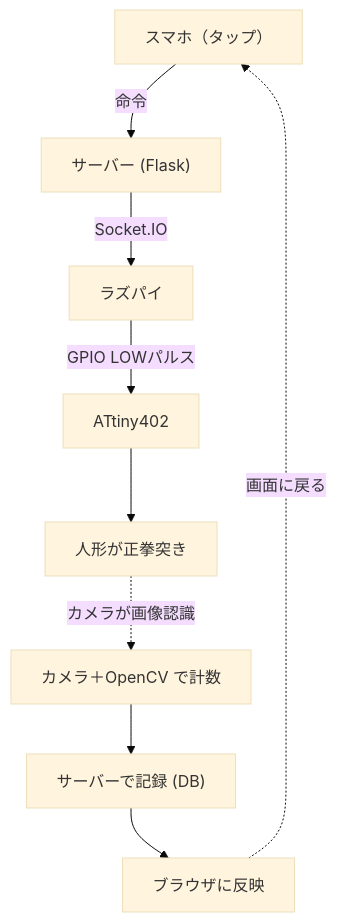
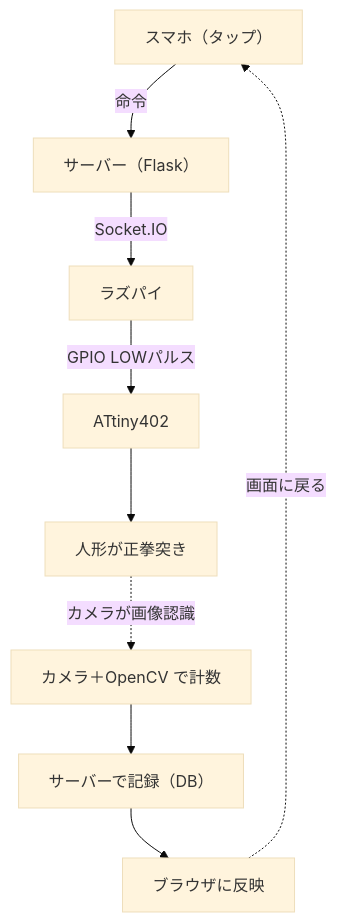
Before and after one commit to kinokotaisa/zenn-content: the second of 2 diagrams in articles/seiken-overview.md, drawn with Mermaid (base theme). The commit also changed other lines of this file, not shown here.

Commit message:
記事01: mermaid構文エラーを修正（堅い記法へ書き直し）
- 双方向矢印 <--> / <br/> / インラインノード定義 / 半角括弧 を除去
- ノード先行定義＋ -->|ラベル| 形式に統一（flowchart TD）

````diff
--- a/articles/seiken-overview.md
+++ b/articles/seiken-overview.md
@@ -86,11 +89,19 @@
 ```mermaid
-flowchart TB
-  P["スマホ（タップ）"] -->|命令| SV["サーバー (Flask)"]
-  SV -->|Socket.IO| RPI["ラズパイ"]
-  RPI -->|GPIO LOWパルス| AT["ATtiny402"]
-  AT --> PUNCH["人形が正拳突き"]
-  PUNCH -.->|カメラが画像認識| CAM["カメラ＋OpenCV で計数"]
-  CAM --> DB["サーバーで記録 (DB)"]
-  DB --> BR["ブラウザに反映"]
+flowchart TD
+  P["スマホ（タップ）"]
+  SV["サーバー（Flask）"]
+  RPI["ラズパイ"]
+  AT["ATtiny402"]
+  PUNCH["人形が正拳突き"]
+  CAM["カメラ＋OpenCV で計数"]
+  DB["サーバーで記録（DB）"]
+  BR["ブラウザに反映"]
+  P -->|命令| SV
+  SV -->|Socket.IO| RPI
+  RPI -->|GPIO LOWパルス| AT
+  AT --> PUNCH
+  PUNCH -.->|カメラが画像認識| CAM
+  CAM --> DB
+  DB --> BR
   BR -.->|画面に戻る| P
 ```
````
